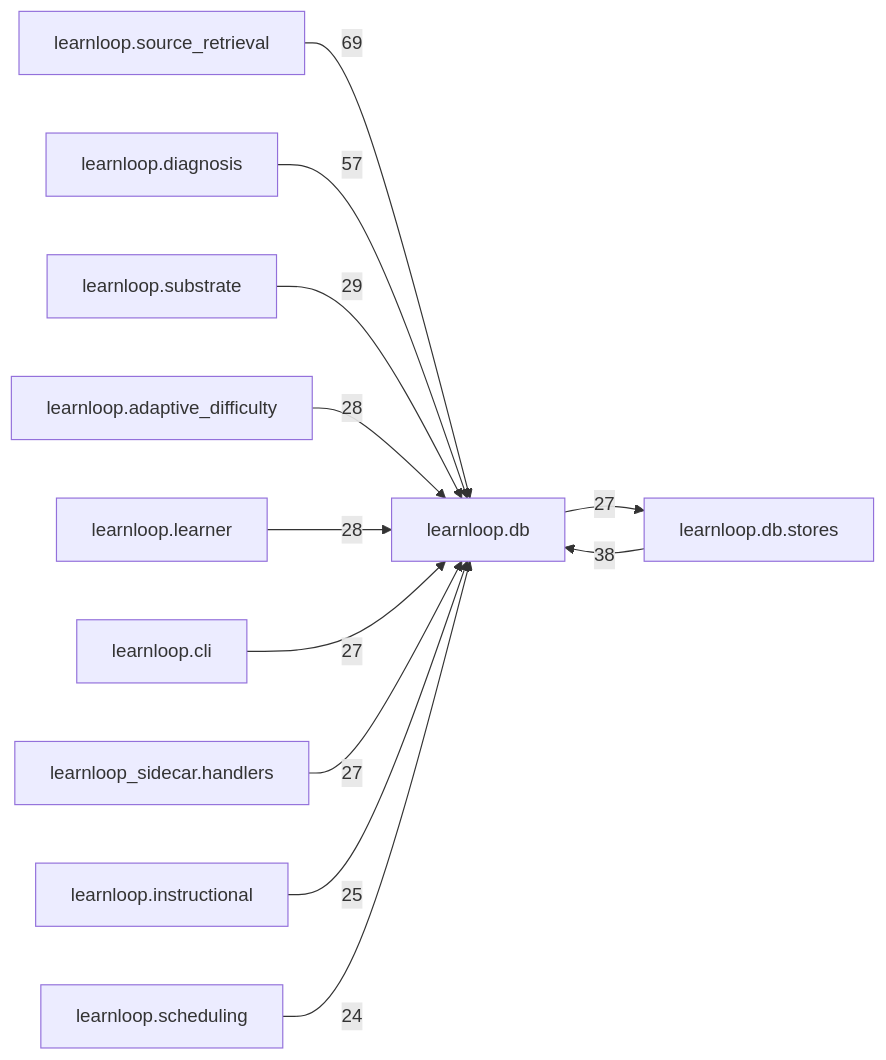
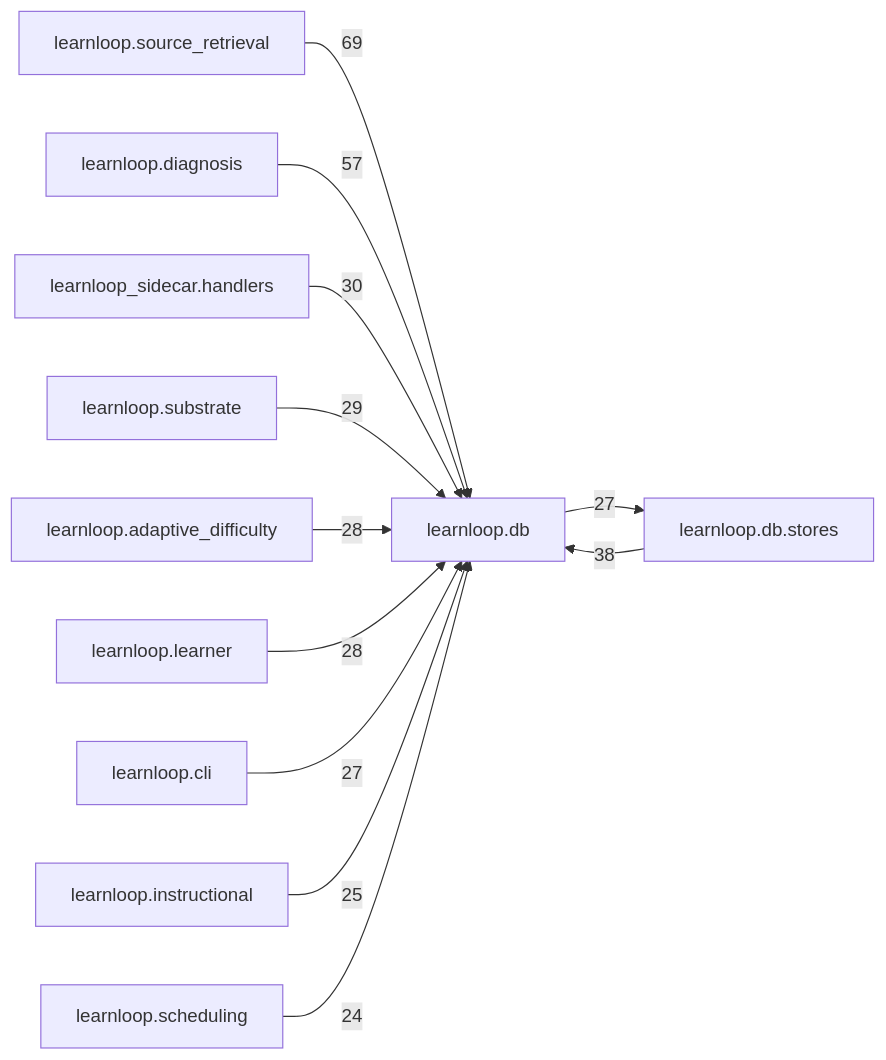
The diagram in docs/learnloop-architecture-vault/Reference/Modules/learnloop/db/_package.md (6up-b/learnanything), drawn with Mermaid before and after one commit. The commit also changed other lines of this file and 59 other files, not shown here.

````diff
--- a/docs/learnloop-architecture-vault/Reference/Modules/learnloop/db/_package.md
+++ b/docs/learnloop-architecture-vault/Reference/Modules/learnloop/db/_package.md
@@ -158,25 +158,25 @@
 ```mermaid
 flowchart LR
     center["learnloop.db"]
     n_learnloop_source_retrieval["learnloop.source_retrieval"]
     n_learnloop_db_stores["learnloop.db.stores"]
     n_learnloop_diagnosis["learnloop.diagnosis"]
+    n_learnloop_sidecar_handlers["learnloop_sidecar.handlers"]
     n_learnloop_substrate["learnloop.substrate"]
     n_learnloop_adaptive_difficulty["learnloop.adaptive_difficulty"]
     n_learnloop_learner["learnloop.learner"]
     n_learnloop_cli["learnloop.cli"]
-    n_learnloop_sidecar_handlers["learnloop_sidecar.handlers"]
     n_learnloop_instructional["learnloop.instructional"]
     n_learnloop_scheduling["learnloop.scheduling"]
     n_learnloop_source_retrieval -->|69| center
     n_learnloop_db_stores -->|38| center
     center -->|27| n_learnloop_db_stores
     n_learnloop_diagnosis -->|57| center
+    n_learnloop_sidecar_handlers -->|30| center
     n_learnloop_substrate -->|29| center
     n_learnloop_adaptive_difficulty -->|28| center
     n_learnloop_learner -->|28| center
     n_learnloop_cli -->|27| center
-    n_learnloop_sidecar_handlers -->|27| center
     n_learnloop_instructional -->|25| center
     n_learnloop_scheduling -->|24| center
 ```
````
